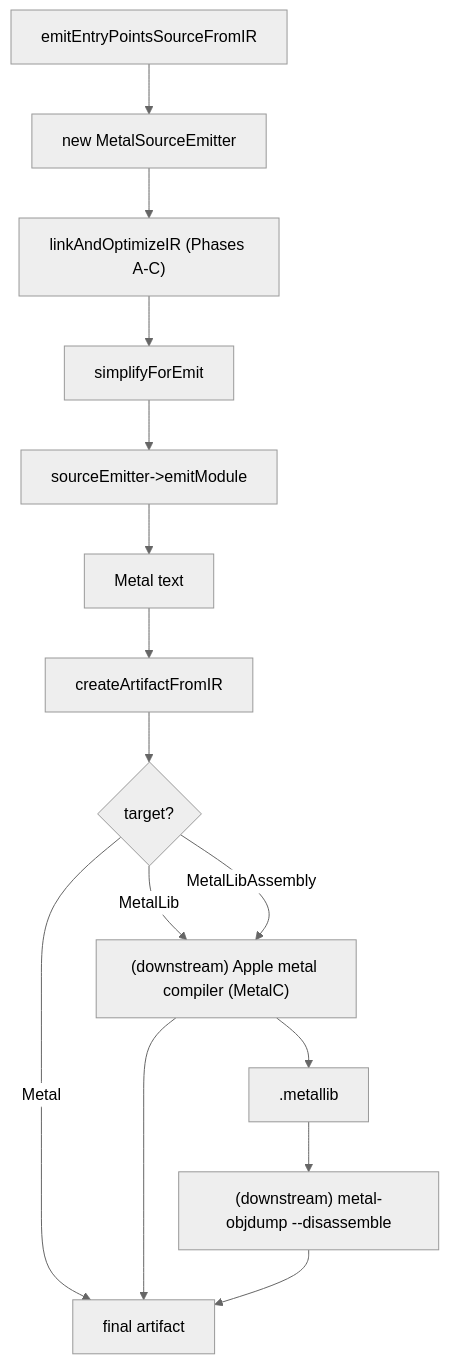
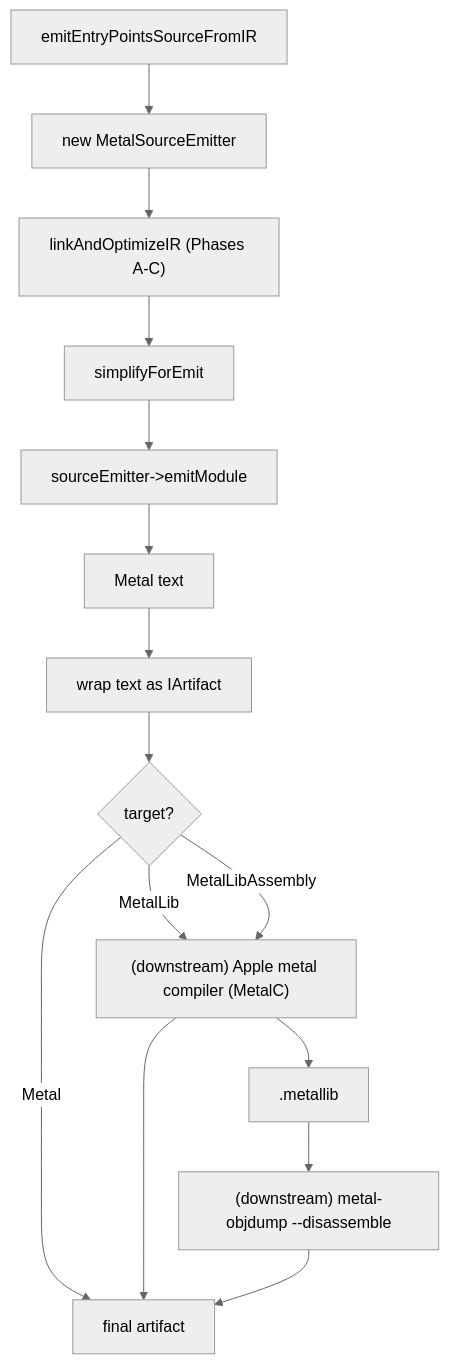
One commit to shader-slang/slang changed the fifth of 5 diagrams in docs/generated/design/target-pipelines/metal.md. Above: the diagram before and after it, drawn with Mermaid (neutral theme). The commit also changed other lines of this file and 28 other files, not shown here.

````diff
--- a/docs/generated/design/target-pipelines/metal.md
+++ b/docs/generated/design/target-pipelines/metal.md
@@ -766,20 +834,20 @@
 ```mermaid
 flowchart TD
   ent[emitEntryPointsSourceFromIR]
   newEmit[new MetalSourceEmitter]
   linkOpt2["linkAndOptimizeIR (Phases A-C)"]
   simpForEmit[simplifyForEmit]
   emitModule[sourceEmitter->emitModule]
   textOut[Metal text]
-  artifact[createArtifactFromIR]
+  artifact["wrap text as IArtifact"]
   libGate{"target?"}
   metalCC["(downstream) Apple metal compiler (MetalC)"]
   objdump["(downstream) metal-objdump --disassemble"]
   lib[".metallib"]
   done[final artifact]
 
   ent --> newEmit --> linkOpt2 --> simpForEmit --> emitModule --> textOut --> artifact --> libGate
   libGate -->|Metal| done
   libGate -->|MetalLib| metalCC --> done
   libGate -->|MetalLibAssembly| metalCC --> lib --> objdump --> done
 ```
````
